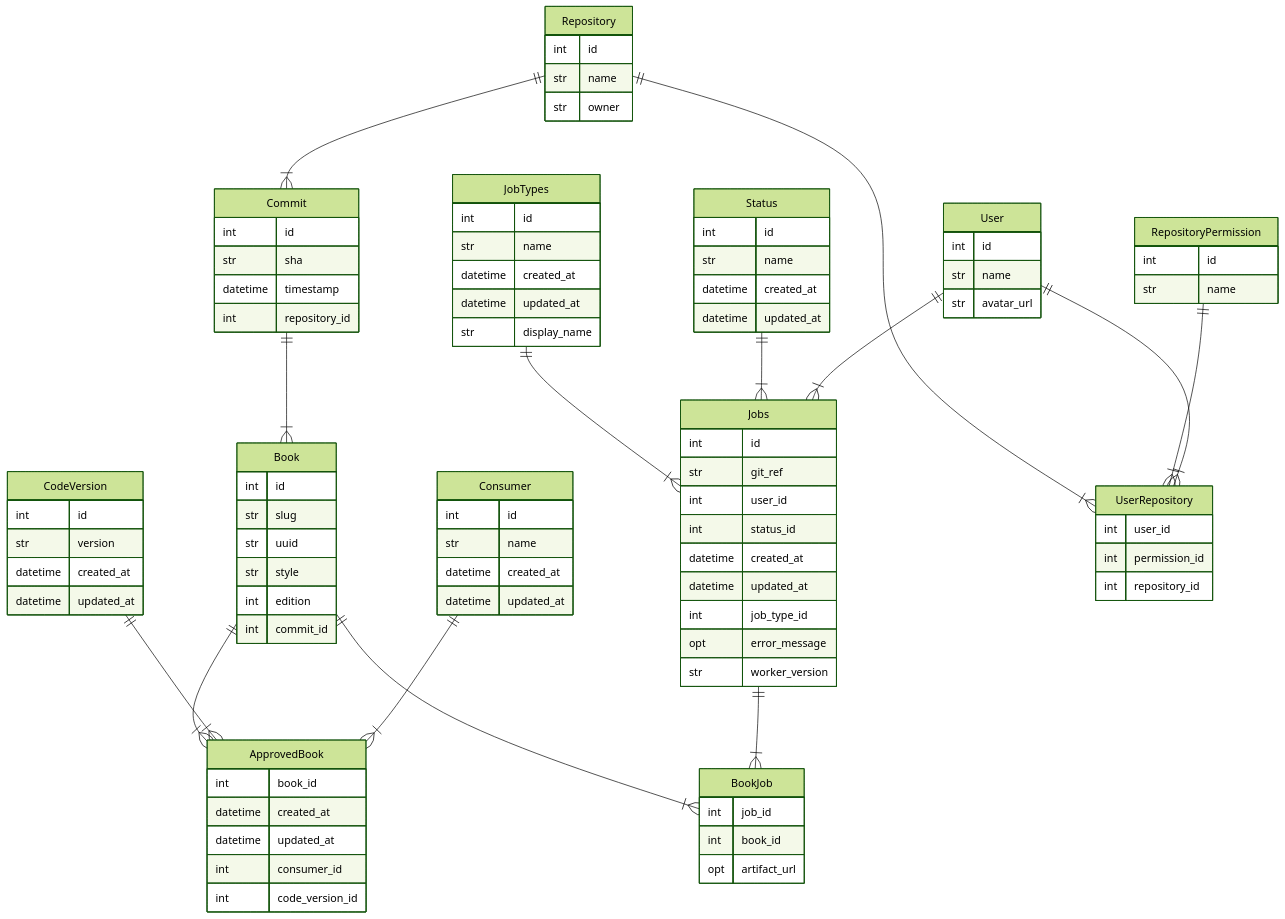
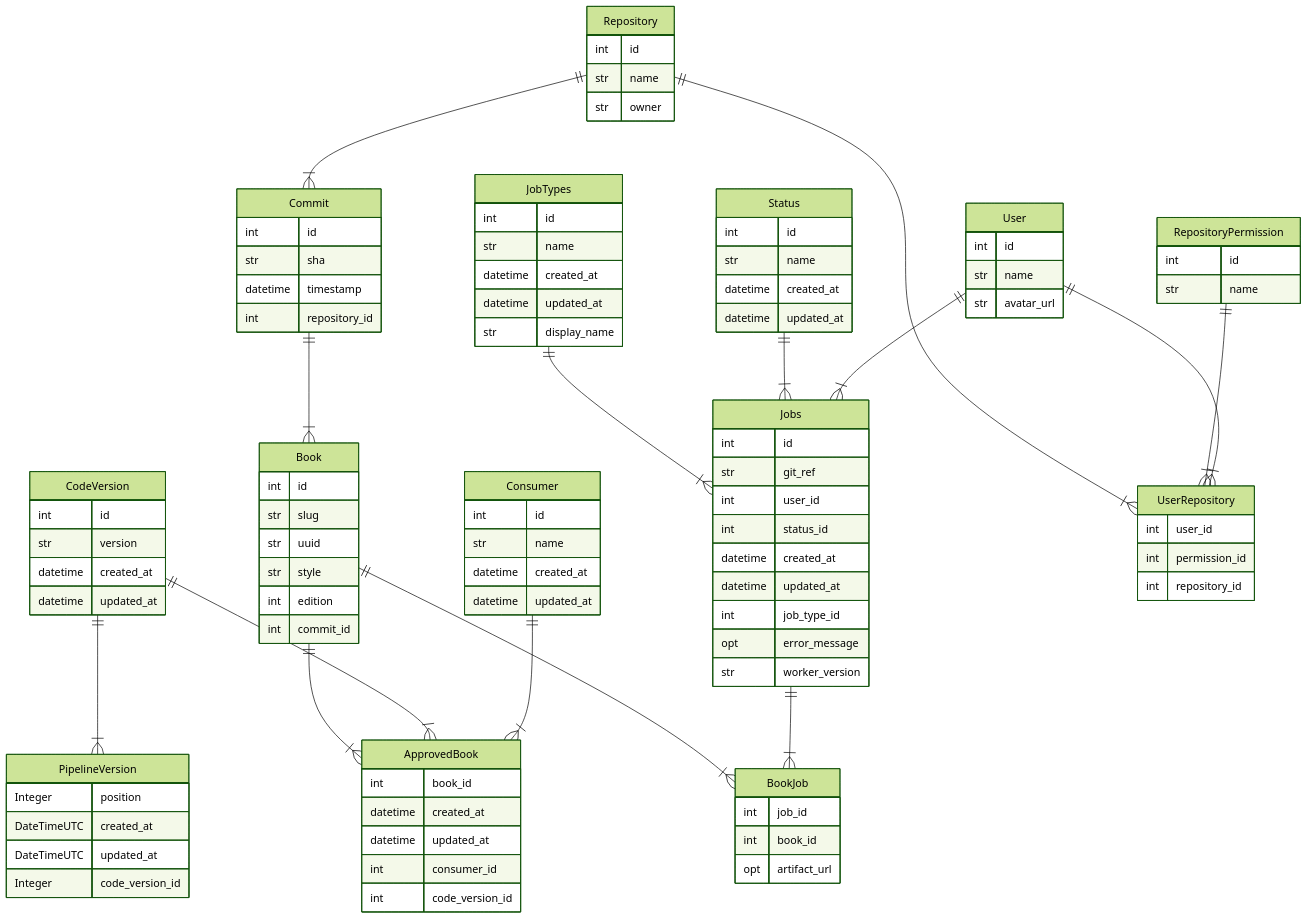
One commit to openstax/corgi changed the diagram in README.md. Above: the diagram before and after it, drawn with Mermaid (forest theme). The commit also changed other lines of this file and 2 other files, not shown here.

First line of the commit message:
Add pipeline version admin docs and fix ERD generator

```diff
--- a/README.md
+++ b/README.md
@@ -393,6 +424,12 @@
         opt error_message
         str worker_version
     }
+    PipelineVersion {
+        Integer position
+        DateTimeUTC created_at
+        DateTimeUTC updated_at
+        Integer code_version_id
+    }
     Repository {
         int id
         str name
@@ -428,6 +465,7 @@
     JobTypes ||--|{ Jobs : ""
     Status ||--|{ Jobs : ""
     User ||--|{ Jobs : ""
+    CodeVersion ||--|{ PipelineVersion : ""
     Repository ||--|{ UserRepository : ""
     RepositoryPermission ||--|{ UserRepository : ""
     User ||--|{ UserRepository : ""
```
